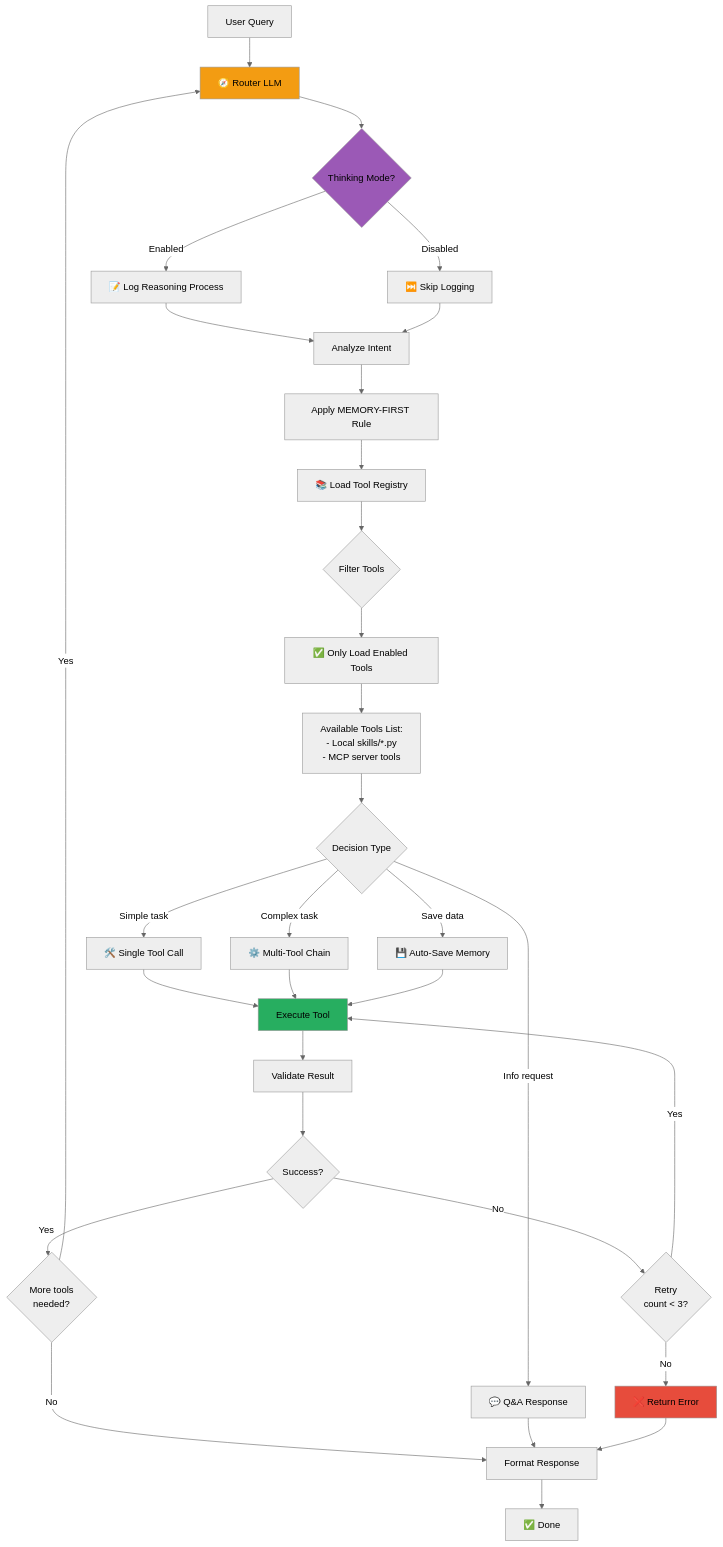
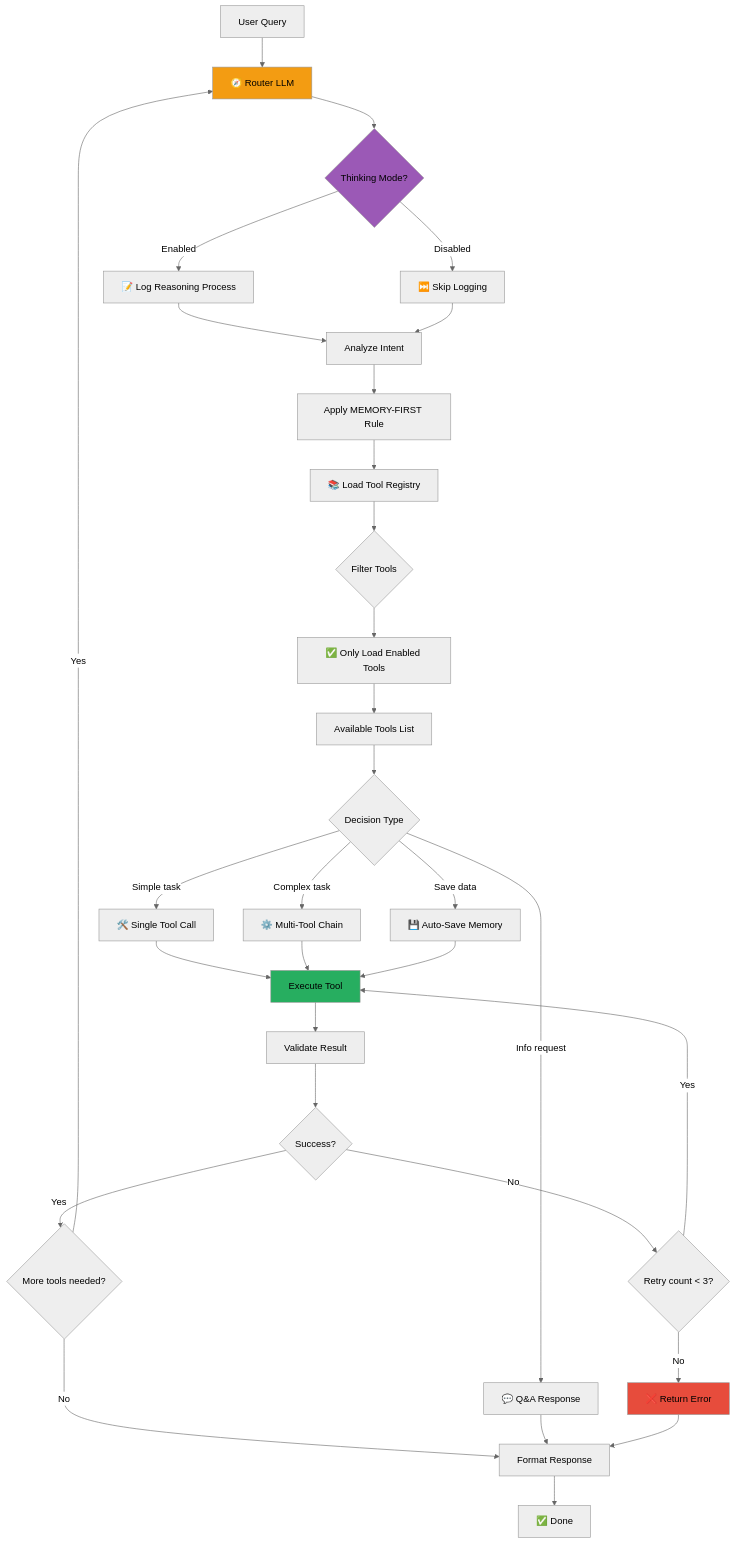
The fourth of 12 diagrams in docs/JARVIS_WORKFLOW.md (bigsk1/jarvis-voice), drawn with Mermaid (neutral theme) before and after one commit. The commit also changed other lines of this file, not shown here.

Commit message:
remove <br from mermaid charts

````diff
--- a/docs/JARVIS_WORKFLOW.md
+++ b/docs/JARVIS_WORKFLOW.md
@@ -171,51 +177,51 @@
 ```mermaid
 graph TB
     Start[User Query] --> Router[🧭 Router LLM]
     
     Router --> Thinking{Thinking Mode?}
     Thinking -->|Enabled| LogReason[📝 Log Reasoning Process]
     Thinking -->|Disabled| SkipLog[⏭️ Skip Logging]
     
     LogReason --> Analyze
     SkipLog --> Analyze
     
     Analyze[Analyze Intent] --> CheckMem[Apply MEMORY-FIRST Rule]
     
     CheckMem --> ToolReg[📚 Load Tool Registry]
     ToolReg --> FilterTools{Filter Tools}
     
     FilterTools --> Enabled[✅ Only Load Enabled Tools]
-    Enabled --> ToolList[Available Tools List:<br/>- Local skills/*.py<br/>- MCP server tools]
+    Enabled --> ToolList[Available Tools List]
     
     ToolList --> Decision{Decision Type}
     
     Decision -->|"Simple task"| SingleTool[🛠️ Single Tool Call]
     Decision -->|"Complex task"| MultiTool[⚙️ Multi-Tool Chain]
     Decision -->|"Info request"| QA[💬 Q&A Response]
     Decision -->|"Save data"| AutoSave[💾 Auto-Save Memory]
     
     SingleTool --> Execute[Execute Tool]
     MultiTool --> Execute
     AutoSave --> Execute
     
     Execute --> Validate[Validate Result]
     Validate --> Success{Success?}
     
-    Success -->|Yes| CheckNext{More tools<br/>needed?}
-    Success -->|No| Retry{Retry<br/>count < 3?}
+    Success -->|Yes| CheckNext{More tools needed?}
+    Success -->|No| Retry{Retry count < 3?}
     
     Retry -->|Yes| Execute
     Retry -->|No| Error[❌ Return Error]
     
     CheckNext -->|Yes| Router
     CheckNext -->|No| Format[Format Response]
     
     QA --> Format
     Error --> Format
     Format --> Done[✅ Done]
     
     style Router fill:#f39c12
     style Thinking fill:#9b59b6
     style Execute fill:#27ae60
     style Error fill:#e74c3c
 ```
````
